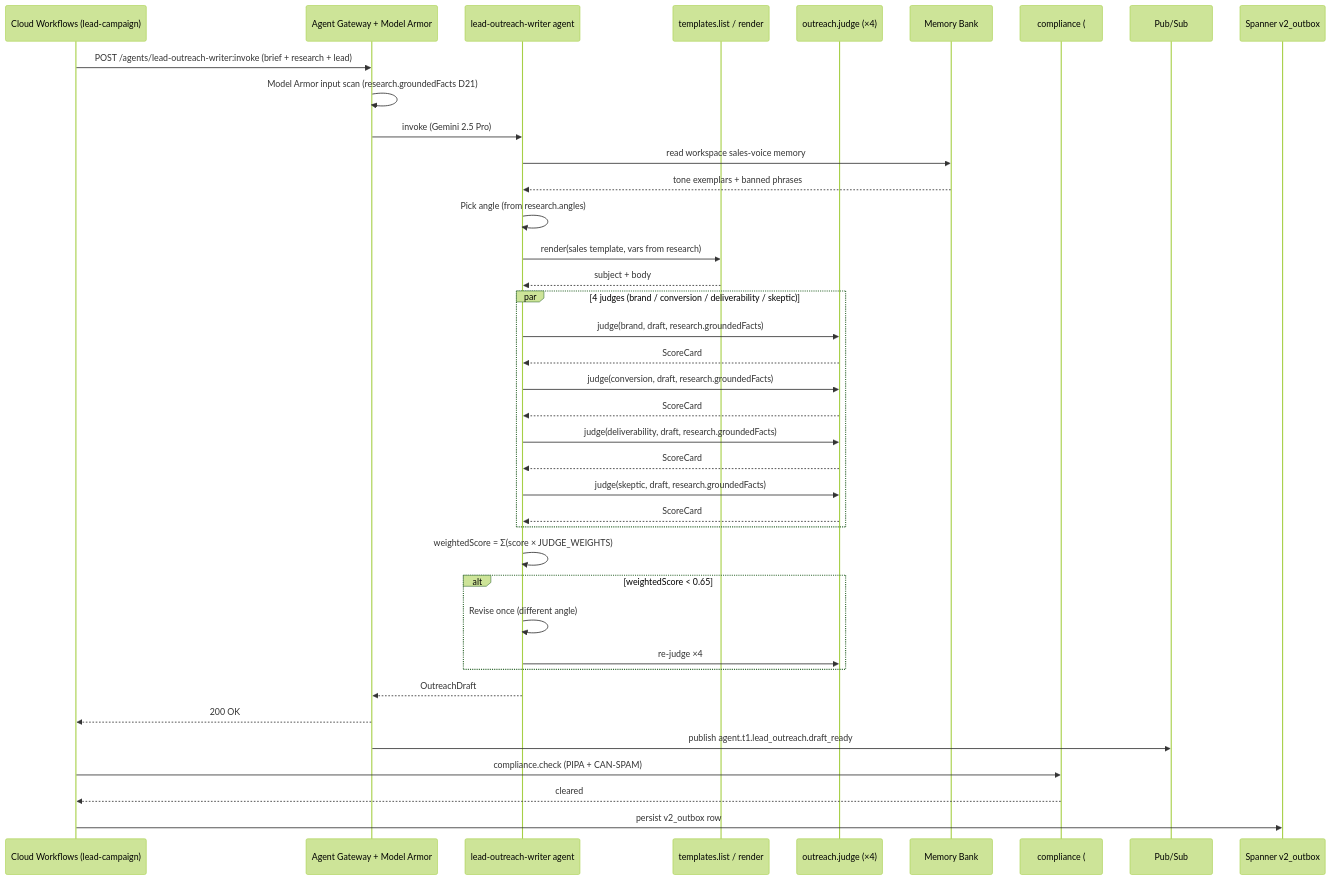
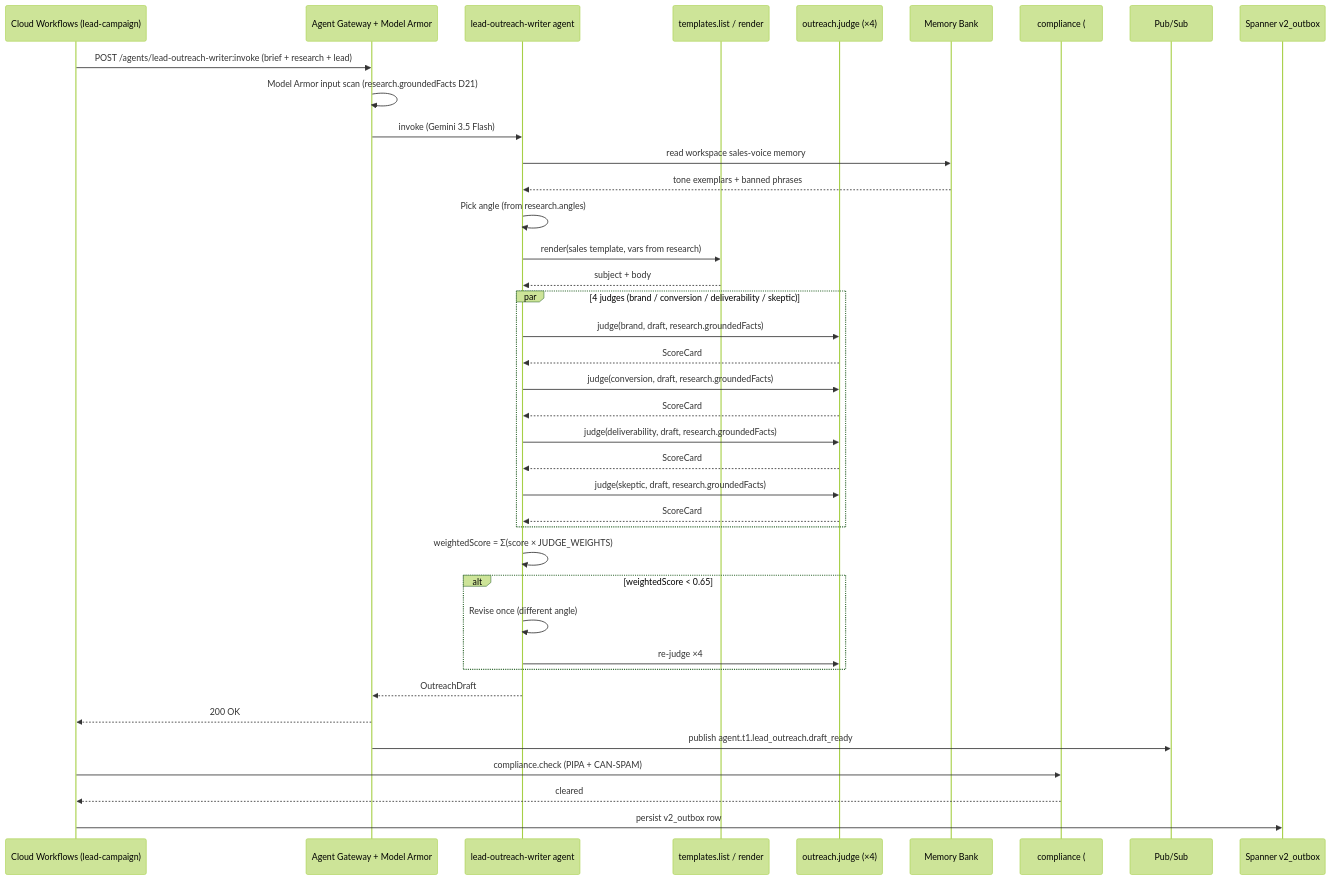
Before and after one commit to Two-Weeks-Team/social-seeding-v2-public: the diagram in gcp-research/specs/tier1/lead_outreach_writer.spec.md, drawn with Mermaid (forest theme). The commit also changed other lines of this file and 30 other files, not shown here.

````diff
--- a/gcp-research/specs/tier1/lead_outreach_writer.spec.md
+++ b/gcp-research/specs/tier1/lead_outreach_writer.spec.md
@@ -126,42 +126,42 @@
 ```mermaid
 sequenceDiagram
   participant WF as Cloud Workflows (lead-campaign)
   participant AG as Agent Gateway + Model Armor
   participant LW as lead-outreach-writer agent
   participant TR as templates.list / render
   participant JU as outreach.judge (×4)
   participant MB as Memory Bank
   participant CP as compliance (#13)
   participant PS as Pub/Sub
   participant SP as Spanner v2_outbox
 
   WF->>AG: POST /agents/lead-outreach-writer:invoke (brief + research + lead)
   AG->>AG: Model Armor input scan (research.groundedFacts D21)
-  AG->>LW: invoke (Gemini 2.5 Pro)
+  AG->>LW: invoke (Gemini 3.5 Flash)
   LW->>MB: read workspace sales-voice memory
   MB-->>LW: tone exemplars + banned phrases
   LW->>LW: Pick angle (from research.angles)
   LW->>TR: render(sales template, vars from research)
   TR-->>LW: subject + body
   par 4 judges (brand / conversion / deliverability / skeptic)
     LW->>JU: judge(brand, draft, research.groundedFacts)
     JU-->>LW: ScoreCard
     LW->>JU: judge(conversion, draft, research.groundedFacts)
     JU-->>LW: ScoreCard
     LW->>JU: judge(deliverability, draft, research.groundedFacts)
     JU-->>LW: ScoreCard
     LW->>JU: judge(skeptic, draft, research.groundedFacts)
     JU-->>LW: ScoreCard
   end
   LW->>LW: weightedScore = Σ(score × JUDGE_WEIGHTS)
   alt weightedScore < 0.65
     LW->>LW: Revise once (different angle)
     LW->>JU: re-judge ×4
   end
   LW-->>AG: OutreachDraft
   AG-->>WF: 200 OK
   AG->>PS: publish agent.t1.lead_outreach.draft_ready
   WF->>CP: compliance.check (PIPA + CAN-SPAM)
   CP-->>WF: cleared
   WF->>SP: persist v2_outbox row
 ```
````
